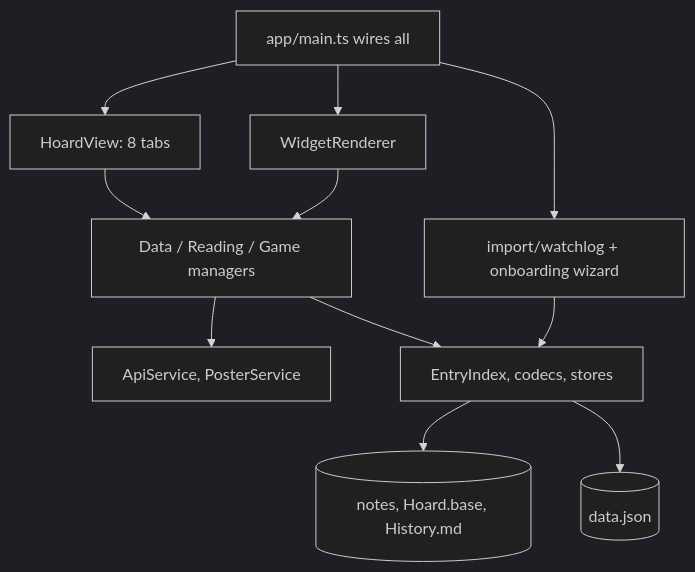
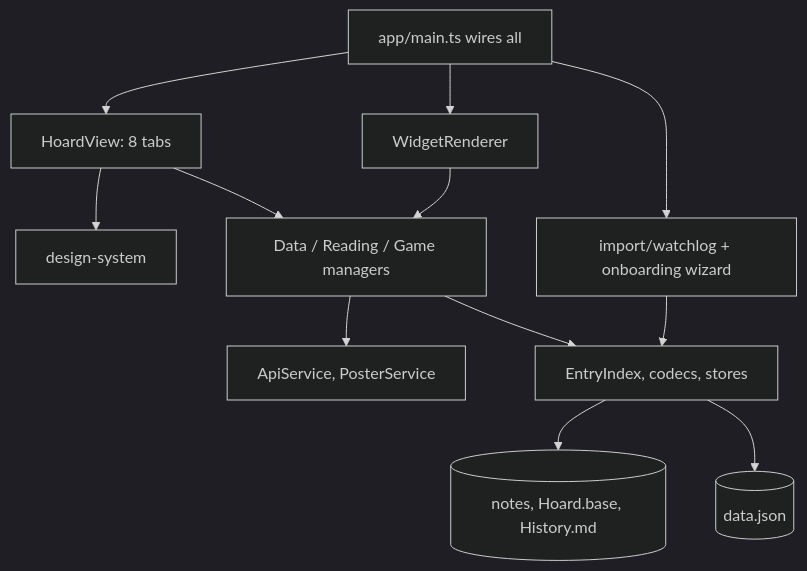
The diagram in docs/index.md (Macavity/obsidian-hoard), drawn with Mermaid (dark theme) before and after one commit. The commit also changed other lines of this file and 34 other files, not shown here.

Commit message:
docs(wiki): refresh for module contracts and design system

````diff
--- a/docs/index.md
+++ b/docs/index.md
@@ -39,13 +40,14 @@
 ```mermaid
 flowchart TD
   main[app/main.ts wires all] --> View[HoardView: 8 tabs]
+  View --> DS[design-system]
   main --> Widgets[WidgetRenderer]
   View --> Managers[Data / Reading / Game managers]
   Widgets --> Managers
   Managers --> API[ApiService, PosterService]
   Managers --> Storage[EntryIndex, codecs, stores]
   Storage --> Vault[(notes, Hoard.base, History.md)]
   Storage --> Local[(data.json)]
   main --> Import[import/watchlog + onboarding wizard]
   Import --> Storage
 ```
````
